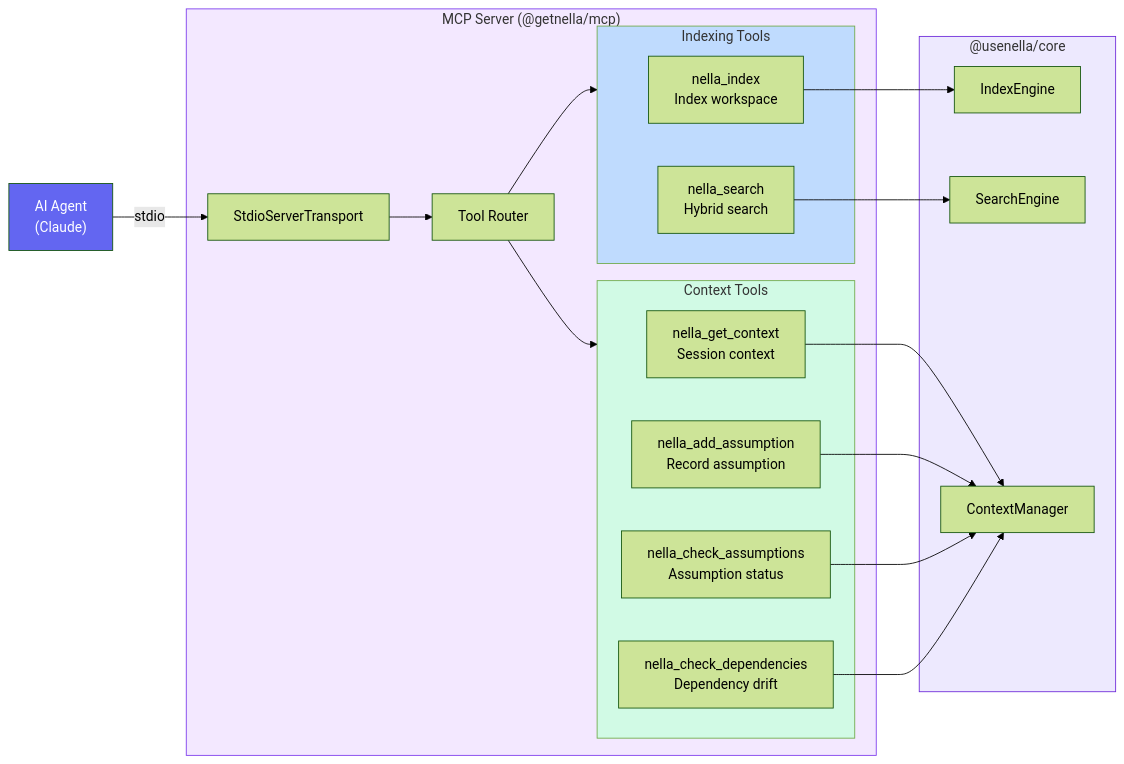
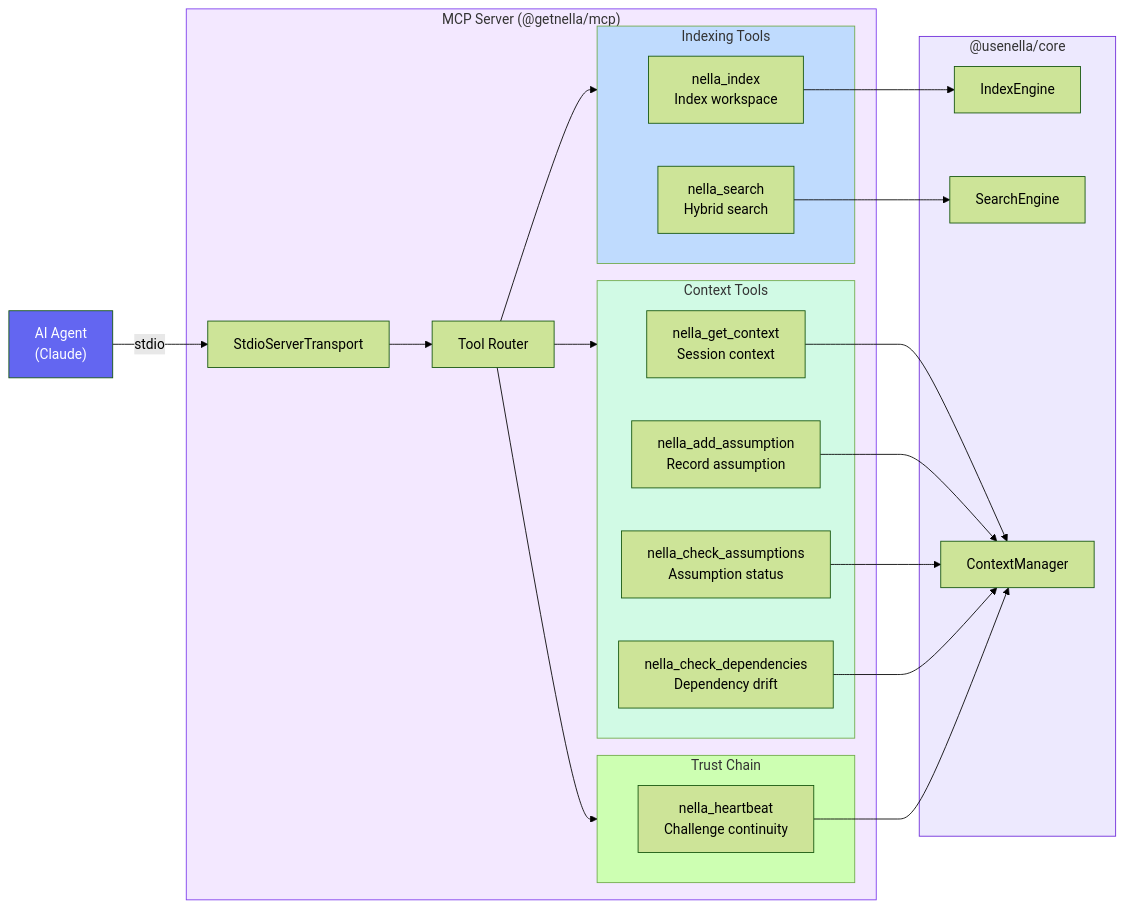
Before and after one commit to nella-labs/nella: the first of 4 diagrams in docs/architecture/mcp-server.md, drawn with Mermaid (forest theme). The commit also changed other lines of this file, not shown here.

Commit message:
docs: update MCP architecture overview

````diff
--- a/docs/architecture/mcp-server.md
+++ b/docs/architecture/mcp-server.md
@@ -7,45 +7,51 @@
 ```mermaid
 graph LR
     Agent["AI Agent<br/>(Claude)"]
 
     subgraph server["MCP Server (@getnella/mcp)"]
         Transport["StdioServerTransport"]
         Router["Tool Router"]
 
         subgraph indexing_tools["Indexing Tools"]
             nella_index["nella_index<br/>Index workspace"]
             nella_search["nella_search<br/>Hybrid search"]
         end
 
         subgraph context_tools["Context Tools"]
             nella_get_context["nella_get_context<br/>Session context"]
             nella_add_assumption["nella_add_assumption<br/>Record assumption"]
             nella_check_assumptions["nella_check_assumptions<br/>Assumption status"]
             nella_check_deps["nella_check_dependencies<br/>Dependency drift"]
         end
+
+        subgraph trust_tools["Trust Chain"]
+            nella_heartbeat["nella_heartbeat<br/>Challenge continuity"]
+        end
     end
 
     subgraph core["@usenella/core"]
         IndexEngine["IndexEngine"]
         SearchEngine["SearchEngine"]
         ContextMgr["ContextManager"]
     end
 
     Agent -->|"stdio"| Transport
     Transport --> Router
     Router --> indexing_tools
     Router --> context_tools
+    Router --> trust_tools
 
     nella_index --> IndexEngine
     nella_search --> SearchEngine
     nella_get_context --> ContextMgr
     nella_add_assumption --> ContextMgr
     nella_check_assumptions --> ContextMgr
     nella_check_deps --> ContextMgr
+    nella_heartbeat --> ContextMgr
 
     style Agent fill:#6366f1,color:#fff
     style server fill:#f3e8ff,stroke:#7c3aed
     style indexing_tools fill:#bfdbfe
     style context_tools fill:#d1fae5
     style core fill:#ede9fe,stroke:#6d28d9
 ```
````
